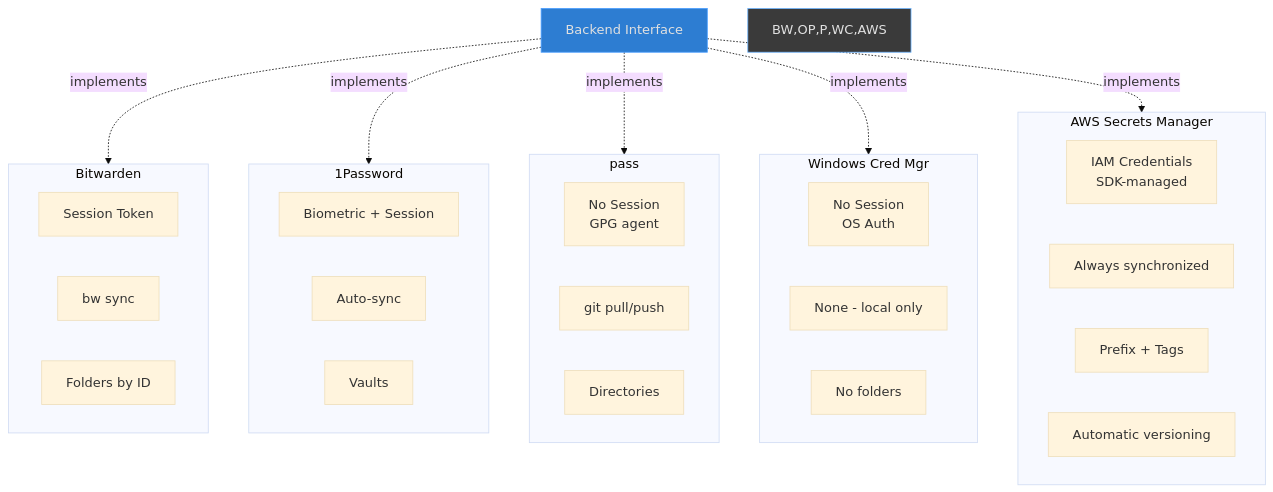
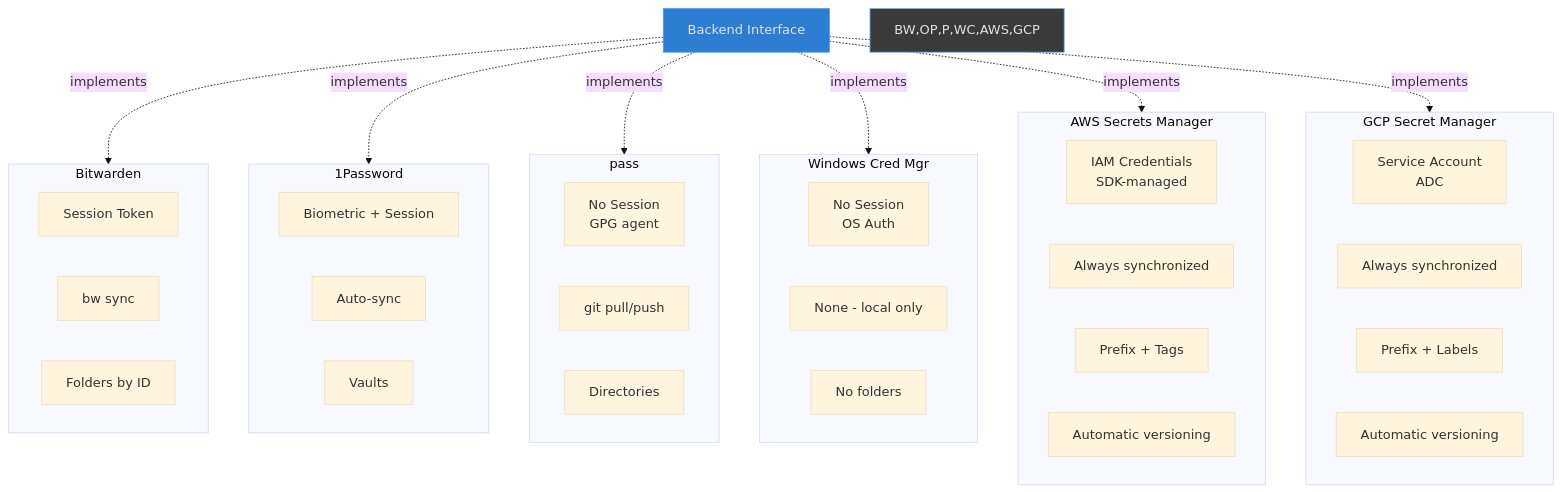
One commit to blackwell-systems/vaultmux changed diagram 11 of 11 in ARCHITECTURE.md. Above: the diagram before and after it, drawn with Mermaid (base theme). The commit also changed other lines of this file and 12 other files, not shown here.

First line of the commit message:
feat: Add Google Cloud Secret Manager backend (v0.4.0)

````diff
--- a/ARCHITECTURE.md
+++ b/ARCHITECTURE.md
@@ -659,42 +659,50 @@
 ```mermaid
 graph TB
     subgraph BW["Bitwarden"]
         BWSess[Session Token]
         BWSync[bw sync]
         BWFolder[Folders by ID]
     end
 
     subgraph OP["1Password"]
         OPSess[Biometric + Session]
         OPSync[Auto-sync]
         OPVault[Vaults]
     end
 
     subgraph P["pass"]
         PSess[No Session<br/>GPG agent]
         PSync[git pull/push]
         PDir[Directories]
     end
 
     subgraph WC["Windows Cred Mgr"]
         WCSess[No Session<br/>OS Auth]
         WCSync[None - local only]
         WCFolder[No folders]
     end
 
     subgraph AWS["AWS Secrets Manager"]
         AWSSess[IAM Credentials<br/>SDK-managed]
         AWSSync[Always synchronized]
         AWSFolder[Prefix + Tags]
         AWSVer[Automatic versioning]
     end
 
+    subgraph GCP["GCP Secret Manager"]
+        GCPSess[Service Account<br/>ADC]
+        GCPSync[Always synchronized]
+        GCPFolder[Prefix + Labels]
+        GCPVer[Automatic versioning]
+    end
+
     Backend[Backend Interface] -.->|implements| BW
     Backend -.->|implements| OP
     Backend -.->|implements| P
     Backend -.->|implements| WC
     Backend -.->|implements| AWS
+    Backend -.->|implements| GCP
 
     style Backend fill:#2d7dd2,stroke:#4a9eff,color:#e0e0e0
-    style BW,OP,P,WC,AWS fill:#3a3a3a,stroke:#6eb5ff,color:#e0e0e0
+    style BW,OP,P,WC,AWS,GCP fill:#3a3a3a,stroke:#6eb5ff,color:#e0e0e0
 ```
````
